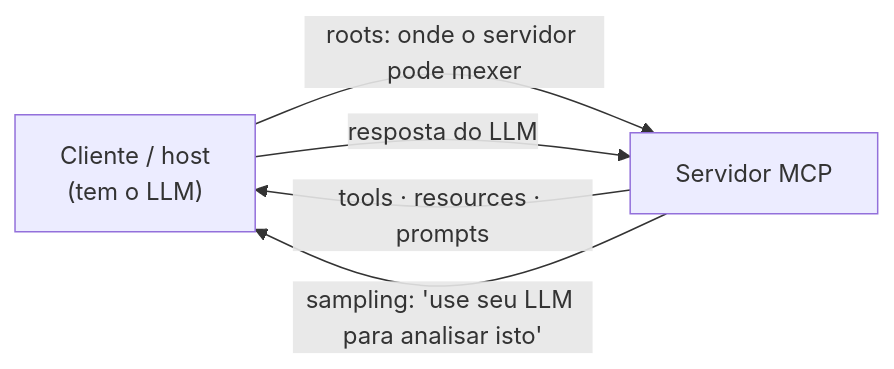
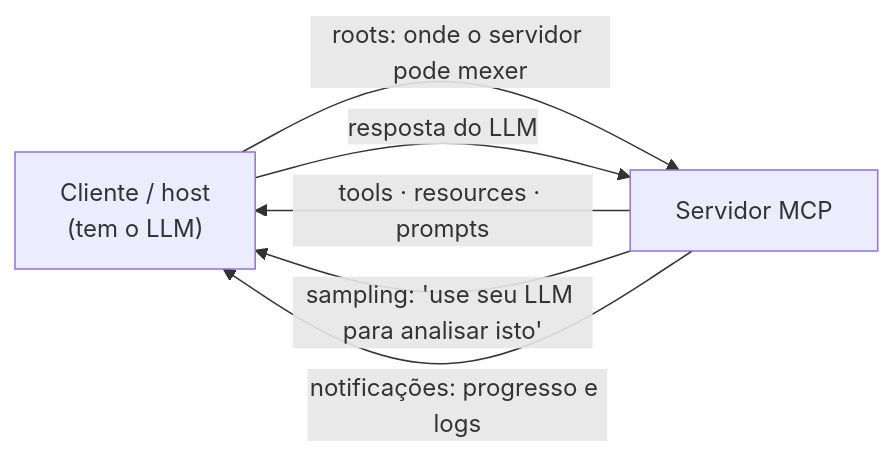
One commit to FloraRosaPupo/mcp-estudos changed the first of 4 diagrams in notas/10-alem-do-basico.md. Above: the diagram before and after it, drawn with Mermaid. The commit also changed other lines of this file and 20 other files, not shown here.

````diff
--- a/notas/10-alem-do-basico.md
+++ b/notas/10-alem-do-basico.md
@@ -5,9 +9,10 @@
 ```mermaid
 flowchart LR
     C["Cliente / host<br/>(tem o LLM)"]
     S["Servidor MCP"]
     S -- "tools · resources · prompts" --> C
     C -- "roots: onde o servidor pode mexer" --> S
     S -- "sampling: 'use seu LLM para analisar isto'" --> C
     C -- "resposta do LLM" --> S
+    S -- "notificações: progresso e logs" --> C
 ```
````
